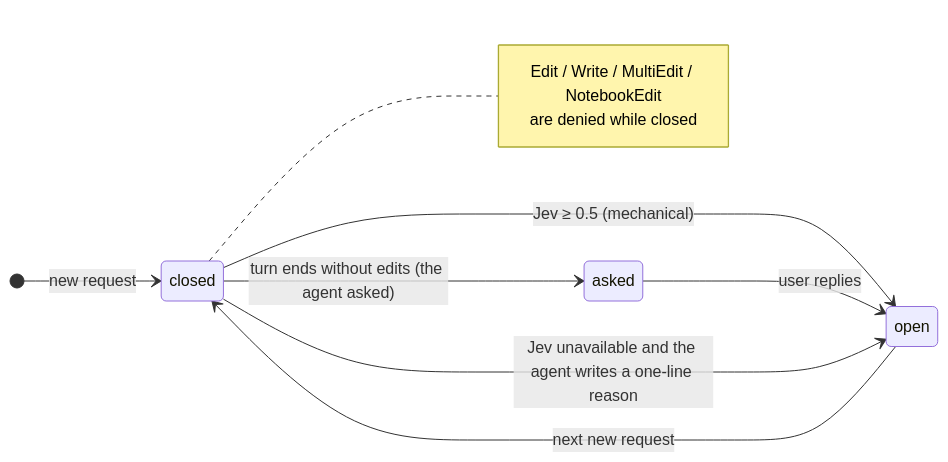
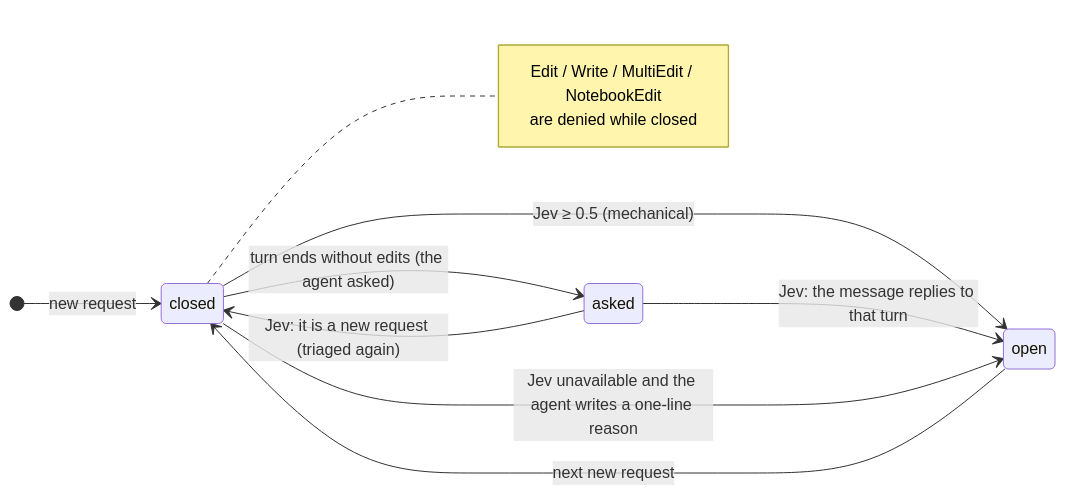
Before and after one commit to beyondworks/lean-forge: the second of 3 diagrams in README.md, drawn with Mermaid. The commit also changed 4 other files, not shown here.

First line of the commit message:
fix: judge whether a message after a no-edit turn is a reply or a new request

````diff
--- a/README.md
+++ b/README.md
@@ -65,14 +65,15 @@
 ```mermaid
 stateDiagram-v2
     direction LR
     [*] --> closed: new request
     closed --> open: Jev ≥ 0.5 (mechanical)
     closed --> asked: turn ends without edits (the agent asked)
-    asked --> open: user replies
+    asked --> open: Jev: the message replies to that turn
+    asked --> closed: Jev: it is a new request (triaged again)
     open --> closed: next new request
     closed --> open: Jev unavailable and the agent writes a one-line reason
     note right of closed
         Edit / Write / MultiEdit / NotebookEdit
         are denied while closed
     end note
 ```
````
